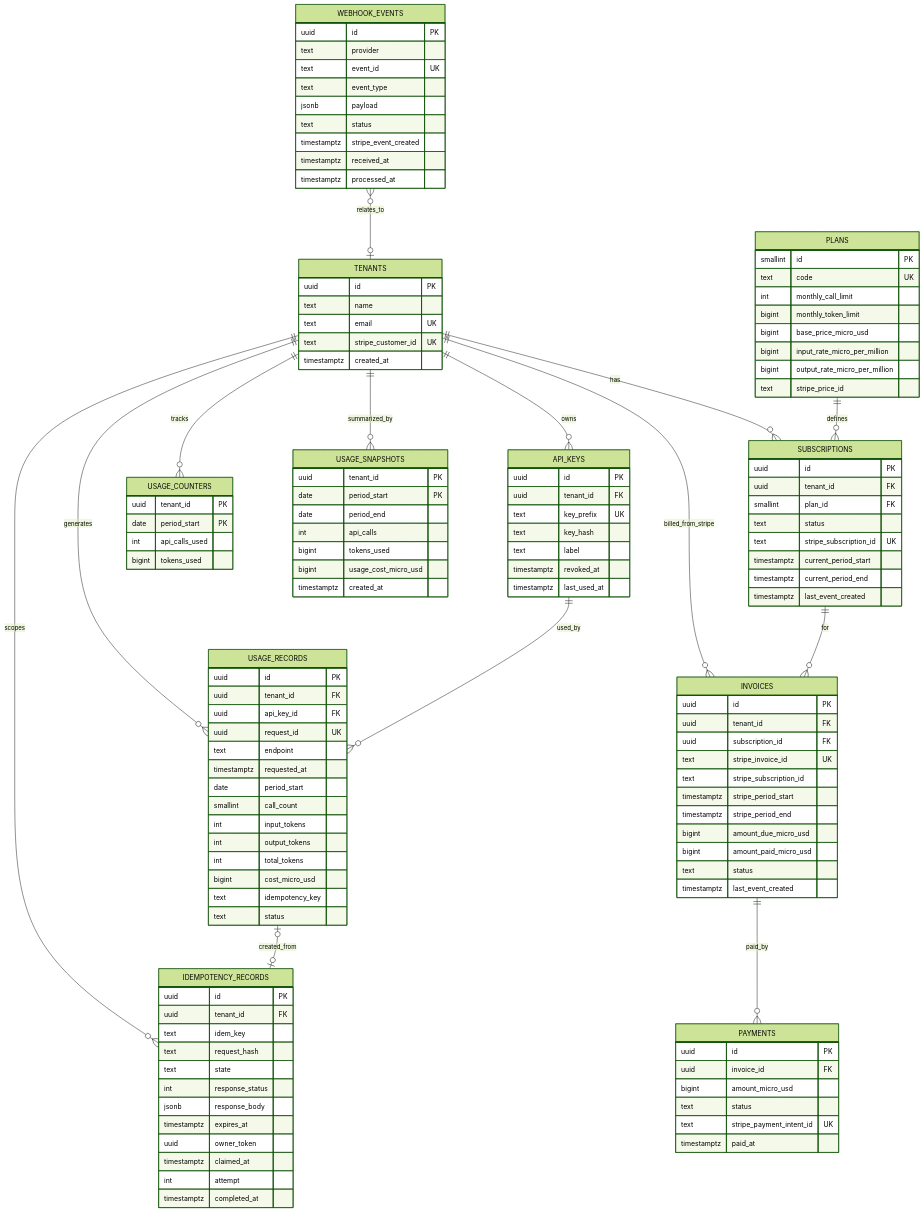
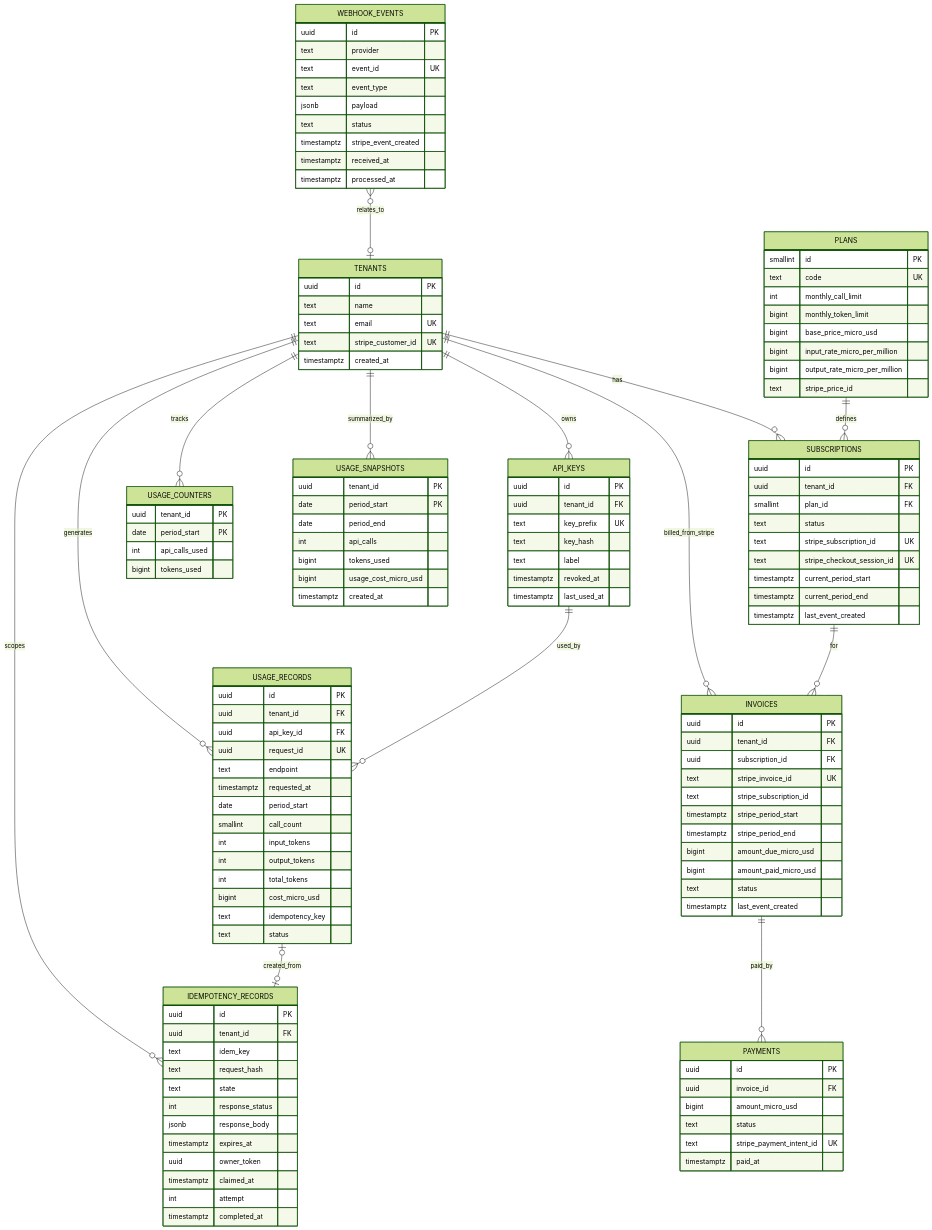
The diagram in docs/DATABASE.md (code4wealth/usage-metering-billing-engine), drawn with Mermaid (forest theme) before and after one commit. The commit also changed other lines of this file and 5 other files, not shown here.

```diff
--- a/docs/DATABASE.md
+++ b/docs/DATABASE.md
@@ -53,6 +53,7 @@
         smallint plan_id FK
         text status
         text stripe_subscription_id UK
+        text stripe_checkout_session_id UK
         timestamptz current_period_start
         timestamptz current_period_end
         timestamptz last_event_created
```
